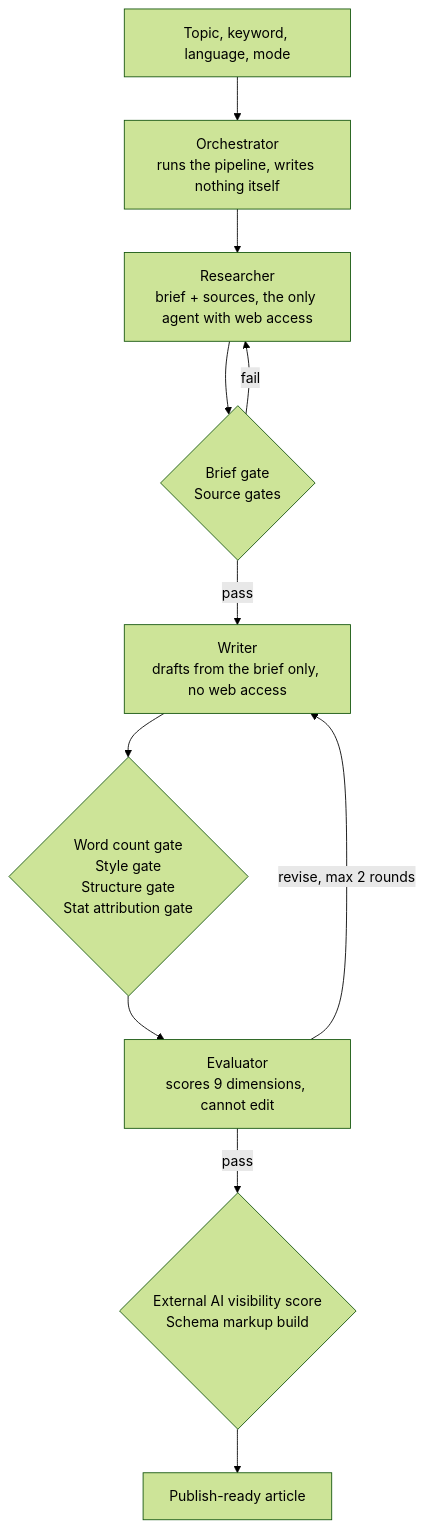
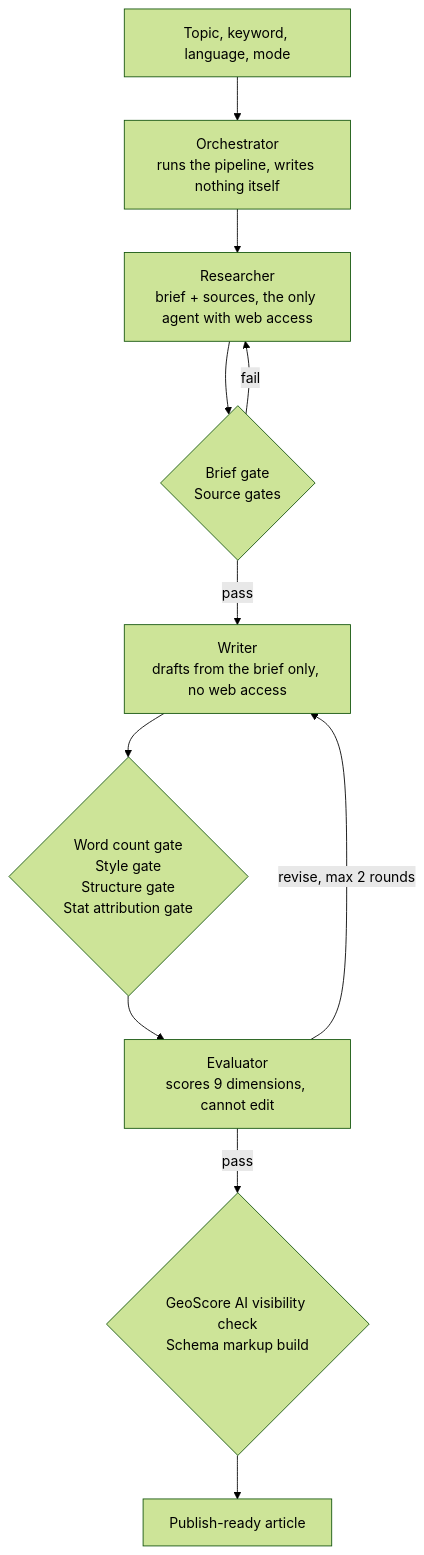
The diagram in README.md (pedja1904/aeo-article-pipeline-demo), drawn with Mermaid (forest theme) before and after one commit. The commit also changed other lines of this file, not shown here.

First line of the commit message:
README: explain how GeoScore is used as an independent AI visibility check

````diff
--- a/README.md
+++ b/README.md
@@ -25,13 +25,13 @@
 ```mermaid
 flowchart TD
     A[Topic, keyword, language, mode] --> O[Orchestrator<br/>runs the pipeline, writes nothing itself]
     O --> R[Researcher<br/>brief + sources, the only agent with web access]
     R --> G1{Brief gate<br/>Source gates}
     G1 -- fail --> R
     G1 -- pass --> W[Writer<br/>drafts from the brief only, no web access]
     W --> G2{Word count gate<br/>Style gate<br/>Structure gate<br/>Stat attribution gate}
     G2 --> E[Evaluator<br/>scores 9 dimensions, cannot edit]
     E -- revise, max 2 rounds --> W
-    E -- pass --> G3{External AI visibility score<br/>Schema markup build}
+    E -- pass --> G3{GeoScore AI visibility check<br/>Schema markup build}
     G3 --> P[Publish-ready article]
 ```
````
